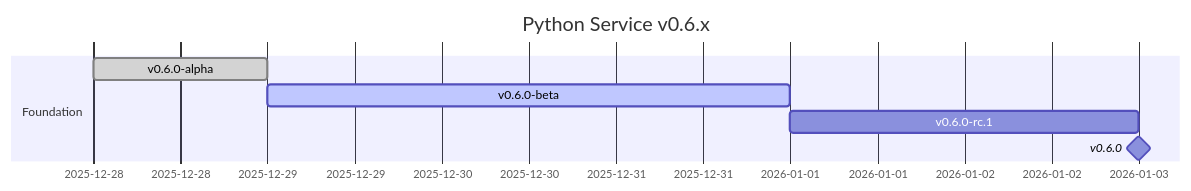
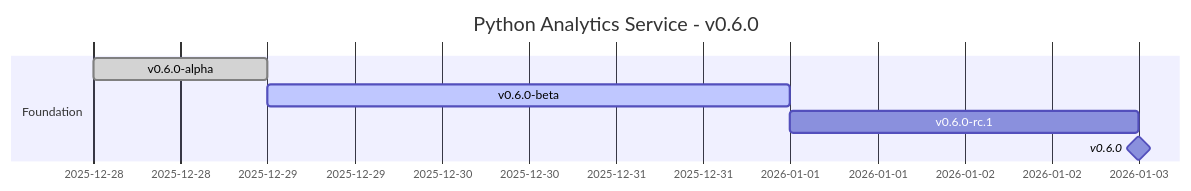
Before and after one commit to MetaCodeX/Parhelion-WMS: the second of 4 diagrams in python-analytics.md, drawn with Mermaid. The commit also changed other lines of this file and 3 other files, not shown here.

````diff
--- a/python-analytics.md
+++ b/python-analytics.md
@@ -166,10 +167,10 @@
 ```mermaid
 gantt
-    title Python Service v0.6.x
-    dateFormat  YYYY-MM-DD
+    title Python Analytics Service - v0.6.0
+    dateFormat YYYY-MM-DD
     section Foundation
     v0.6.0-alpha    :done, a1, 2025-12-28, 1d
     v0.6.0-beta     :active, a2, after a1, 3d
     v0.6.0-rc.1     :a3, after a2, 2d
     v0.6.0          :milestone, after a3, 0d
 ```
````
